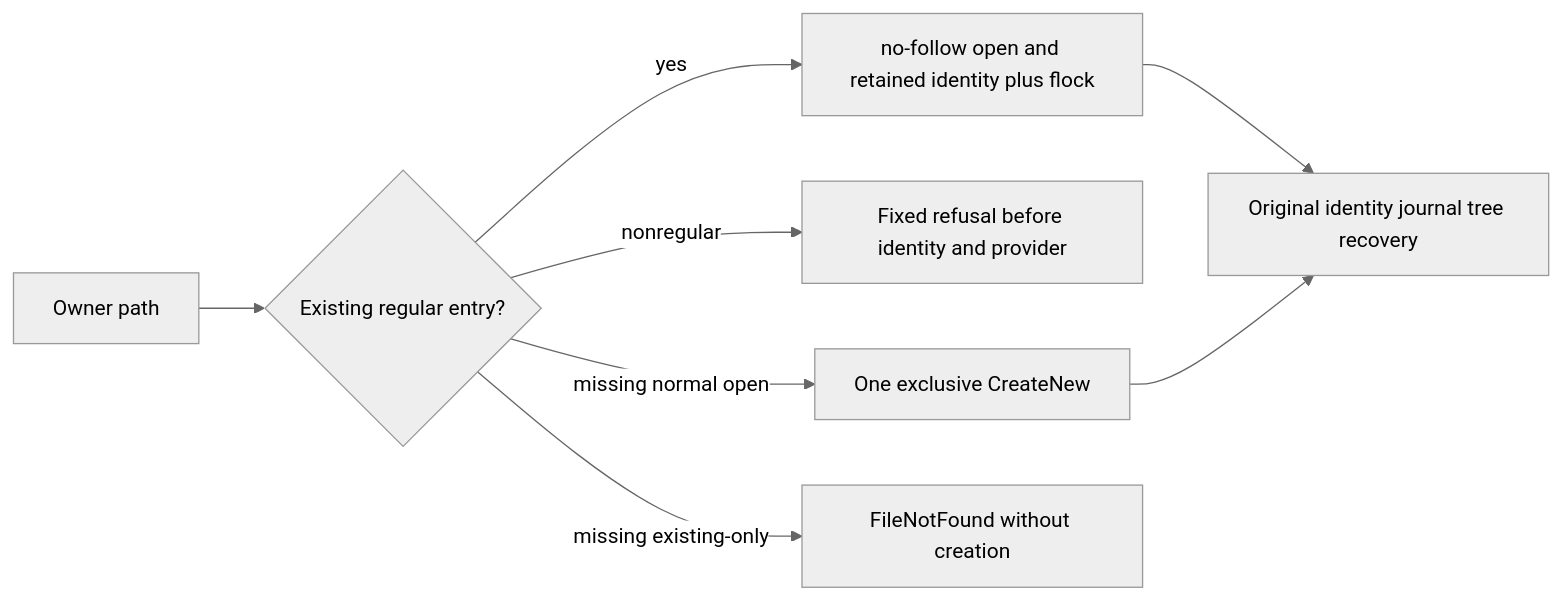
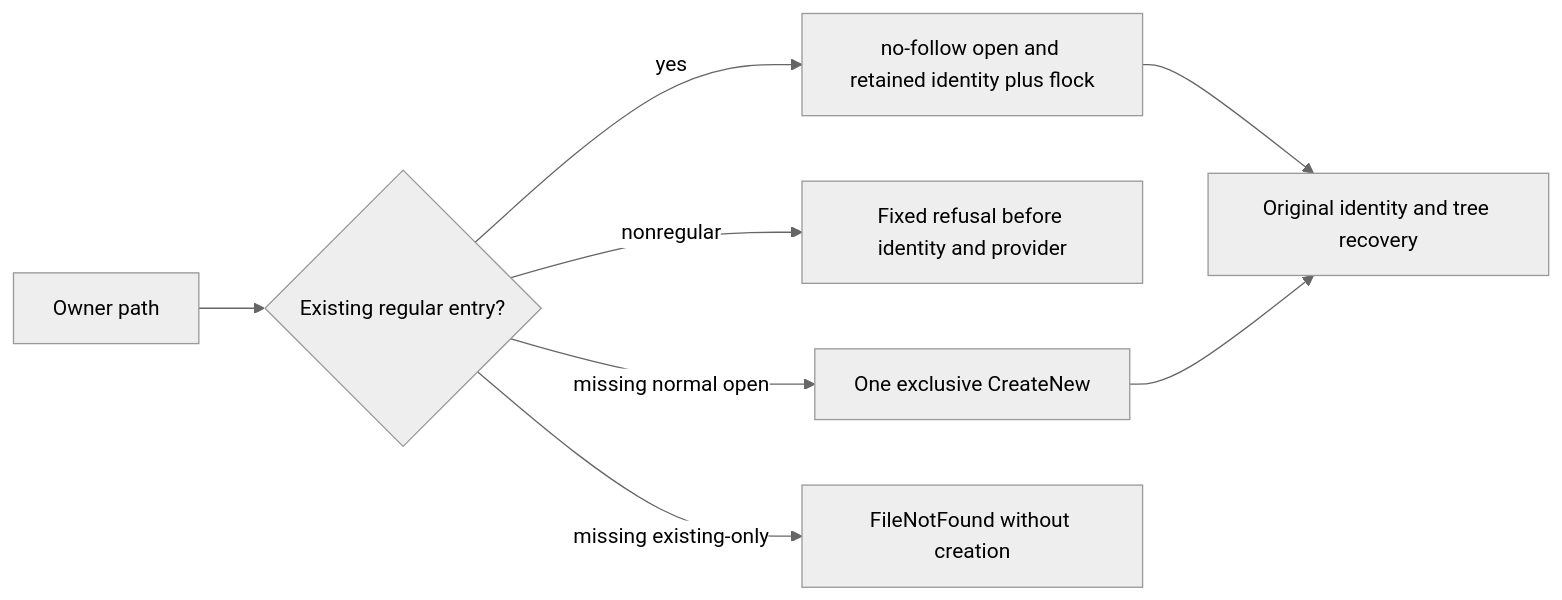
Before and after one commit to managedcode/KeyLoad: the diagram in docs/Features/StorageRecovery/OwnerLockRegularFile.md, drawn with Mermaid (neutral theme). The commit also changed 1072 other files, not shown here.

````diff
--- a/docs/Features/StorageRecovery/OwnerLockRegularFile.md
+++ b/docs/Features/StorageRecovery/OwnerLockRegularFile.md
@@ -15,10 +15,10 @@
 ```mermaid
 flowchart LR
  A[Owner path] --> B{Existing regular entry?}
  B -->|yes| C[no-follow open and retained identity plus flock]
  B -->|nonregular| D[Fixed refusal before identity and provider]
  B -->|missing normal open| E[One exclusive CreateNew]
  B -->|missing existing-only| F[FileNotFound without creation]
- C --> G[Original identity journal tree recovery]
+ C --> G[Original identity and tree recovery]
  E --> G
 ```
````
